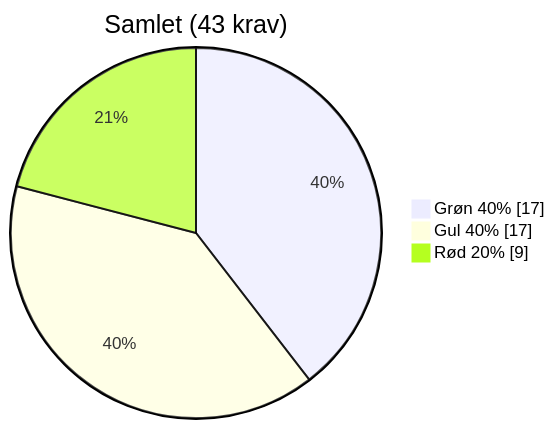
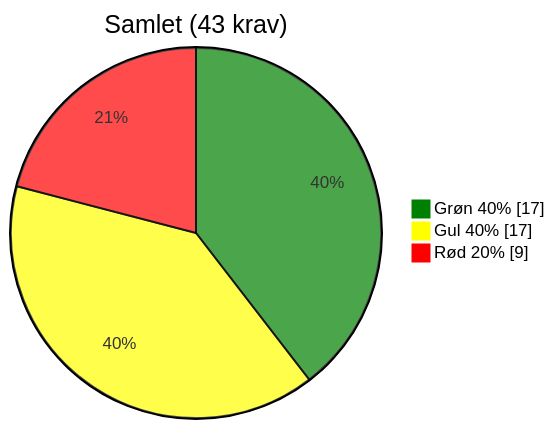
Before and after one commit to OS2offdig/os2-product-audits: the fifth of 5 diagrams in 2025-09-audits/os2-skadesøkonomi_assessment_2025-09-01.md, drawn with Mermaid. The commit also changed other lines of this file, not shown here.

````diff
--- a/2025-09-audits/os2-skadesøkonomi_assessment_2025-09-01.md
+++ b/2025-09-audits/os2-skadesøkonomi_assessment_2025-09-01.md
@@ -166,10 +171,10 @@
 ```mermaid
 %%{init: {"themeVariables": {
-  "pie": ["#008000", "#FFFF00", "#FF0000"]
+  "pie1": "#008000", "pie2": "#FFFF00", "pie3": "#FF0000"
 }}}%%
 pie showData
   title Samlet (43 krav)
   "Grøn 40%" : 17
   "Gul 40%"  : 17
   "Rød 20%"  : 9
 ```
````
